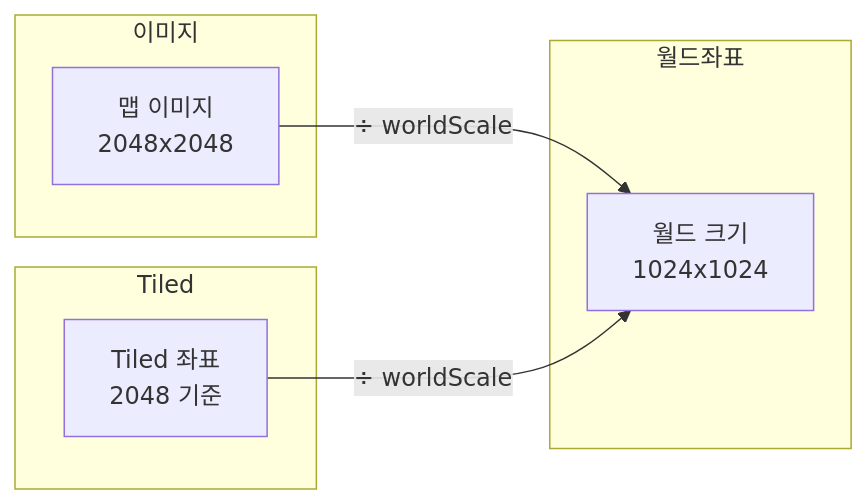
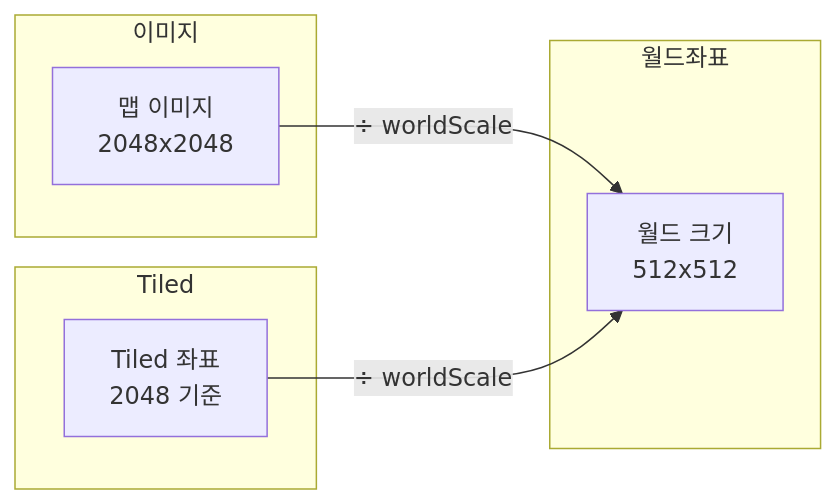
One commit to boostcampwm2025/web19-estrogenquattro changed the first of 5 diagrams in docs/architecture/GAME_MANAGERS.md. Above: the diagram before and after it, drawn with Mermaid. The commit also changed other lines of this file and 97 other files, not shown here.

````diff
--- a/docs/architecture/GAME_MANAGERS.md
+++ b/docs/architecture/GAME_MANAGERS.md
@@ -38,17 +38,17 @@
 ```mermaid
 flowchart LR
     subgraph 이미지
         A[맵 이미지<br/>2048x2048]
     end
 
     subgraph 월드좌표
-        B[월드 크기<br/>1024x1024]
+        B[월드 크기<br/>512x512]
     end
 
     subgraph Tiled
         C[Tiled 좌표<br/>2048 기준]
     end
 
     A -->|÷ worldScale| B
     C -->|÷ worldScale| B
 ```
````
